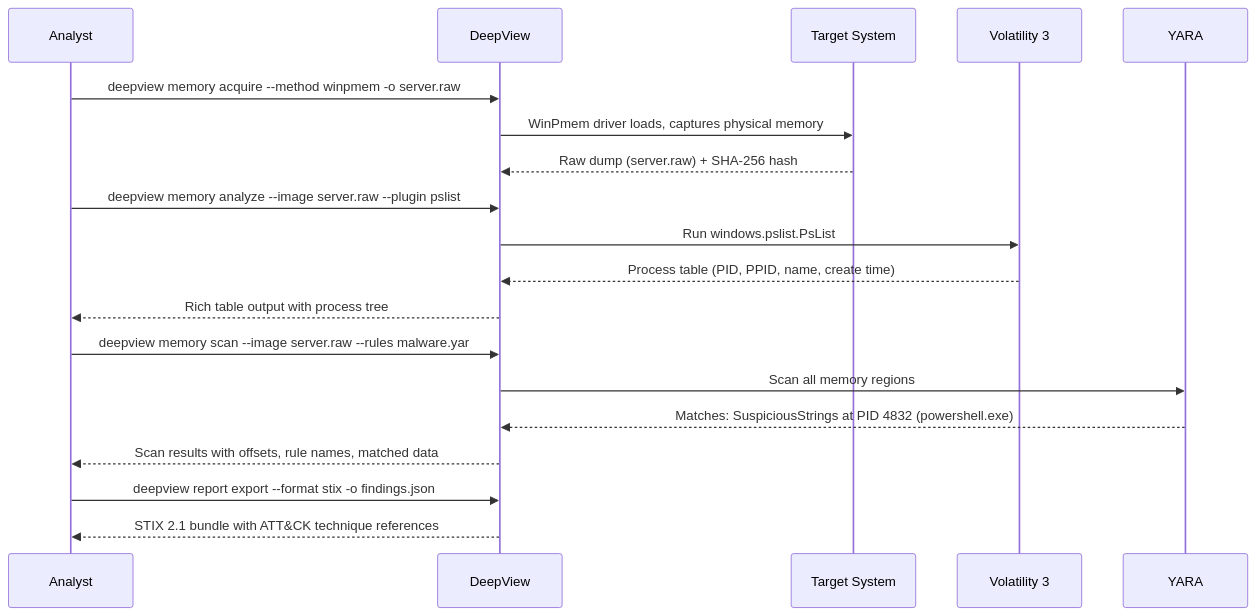
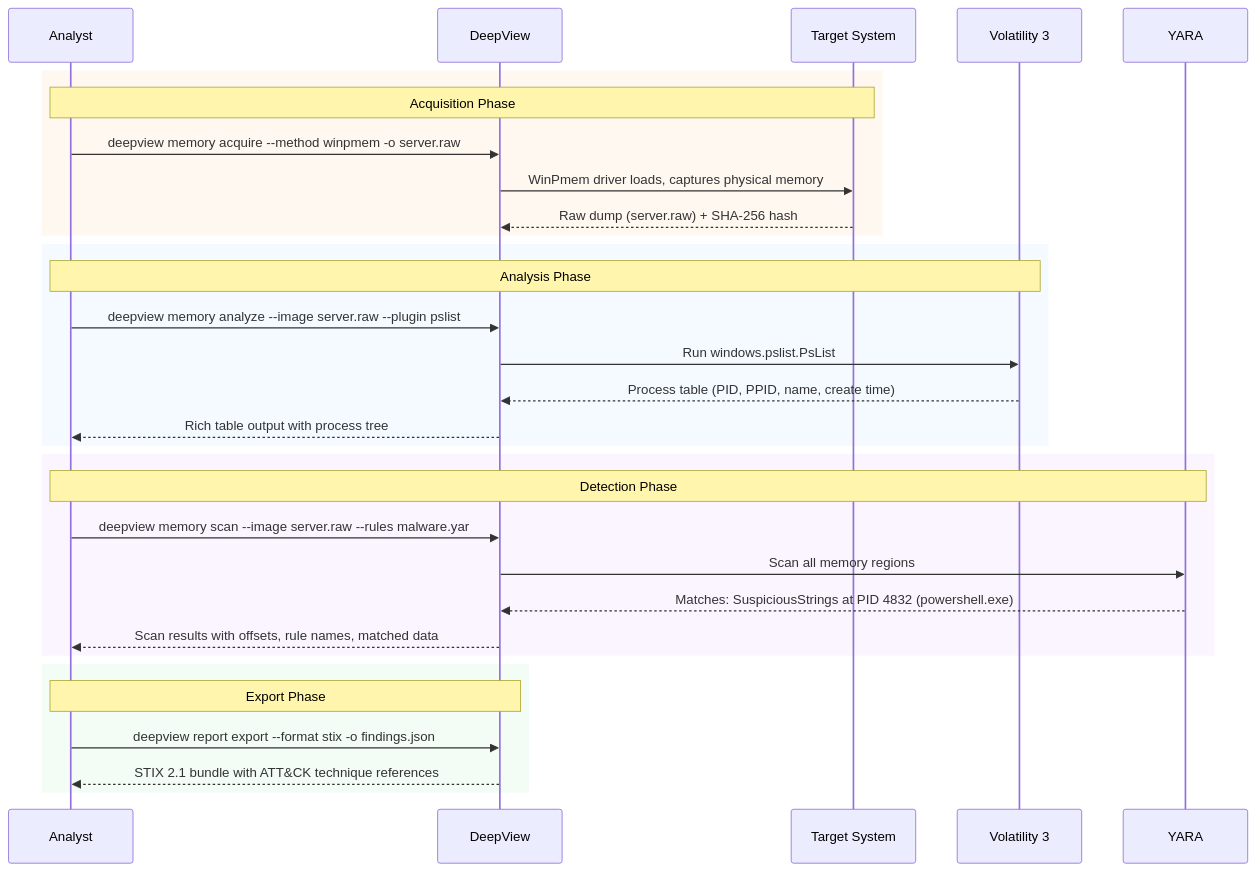
One commit to sonoransun/deepview changed the sixth of 16 diagrams in README.md. Above: the diagram before and after it, drawn with Mermaid. The commit also changed other lines of this file and 47 other files, not shown here.

````diff
--- a/README.md
+++ b/README.md
@@ -405,25 +509,37 @@
 ```mermaid
 sequenceDiagram
     participant Analyst
     participant DeepView
     participant Target as Target System
     participant Vol3 as Volatility 3
     participant YARA
 
-    Analyst->>DeepView: deepview memory acquire --method winpmem -o server.raw
-    DeepView->>Target: WinPmem driver loads, captures physical memory
-    Target-->>DeepView: Raw dump (server.raw) + SHA-256 hash
+    rect rgba(255,169,77,0.08)
+        Note over Analyst,Target: Acquisition Phase
+        Analyst->>DeepView: deepview memory acquire --method winpmem -o server.raw
+        DeepView->>Target: WinPmem driver loads, captures physical memory
+        Target-->>DeepView: Raw dump (server.raw) + SHA-256 hash
+    end
 
-    Analyst->>DeepView: deepview memory analyze --image server.raw --plugin pslist
-    DeepView->>Vol3: Run windows.pslist.PsList
-    Vol3-->>DeepView: Process table (PID, PPID, name, create time)
-    DeepView-->>Analyst: Rich table output with process tree
+    rect rgba(116,192,252,0.08)
+        Note over Analyst,Vol3: Analysis Phase
+        Analyst->>DeepView: deepview memory analyze --image server.raw --plugin pslist
+        DeepView->>Vol3: Run windows.pslist.PsList
+        Vol3-->>DeepView: Process table (PID, PPID, name, create time)
+        DeepView-->>Analyst: Rich table output with process tree
+    end
 
-    Analyst->>DeepView: deepview memory scan --image server.raw --rules malware.yar
-    DeepView->>YARA: Scan all memory regions
-    YARA-->>DeepView: Matches: SuspiciousStrings at PID 4832 (powershell.exe)
-    DeepView-->>Analyst: Scan results with offsets, rule names, matched data
+    rect rgba(192,132,252,0.08)
+        Note over Analyst,YARA: Detection Phase
+        Analyst->>DeepView: deepview memory scan --image server.raw --rules malware.yar
+        DeepView->>YARA: Scan all memory regions
+        YARA-->>DeepView: Matches: SuspiciousStrings at PID 4832 (powershell.exe)
+        DeepView-->>Analyst: Scan results with offsets, rule names, matched data
+    end
 
-    Analyst->>DeepView: deepview report export --format stix -o findings.json
-    DeepView-->>Analyst: STIX 2.1 bundle with ATT&CK technique references
+    rect rgba(105,219,124,0.08)
+        Note over Analyst,DeepView: Export Phase
+        Analyst->>DeepView: deepview report export --format stix -o findings.json
+        DeepView-->>Analyst: STIX 2.1 bundle with ATT&CK technique references
+    end
 ```
````
